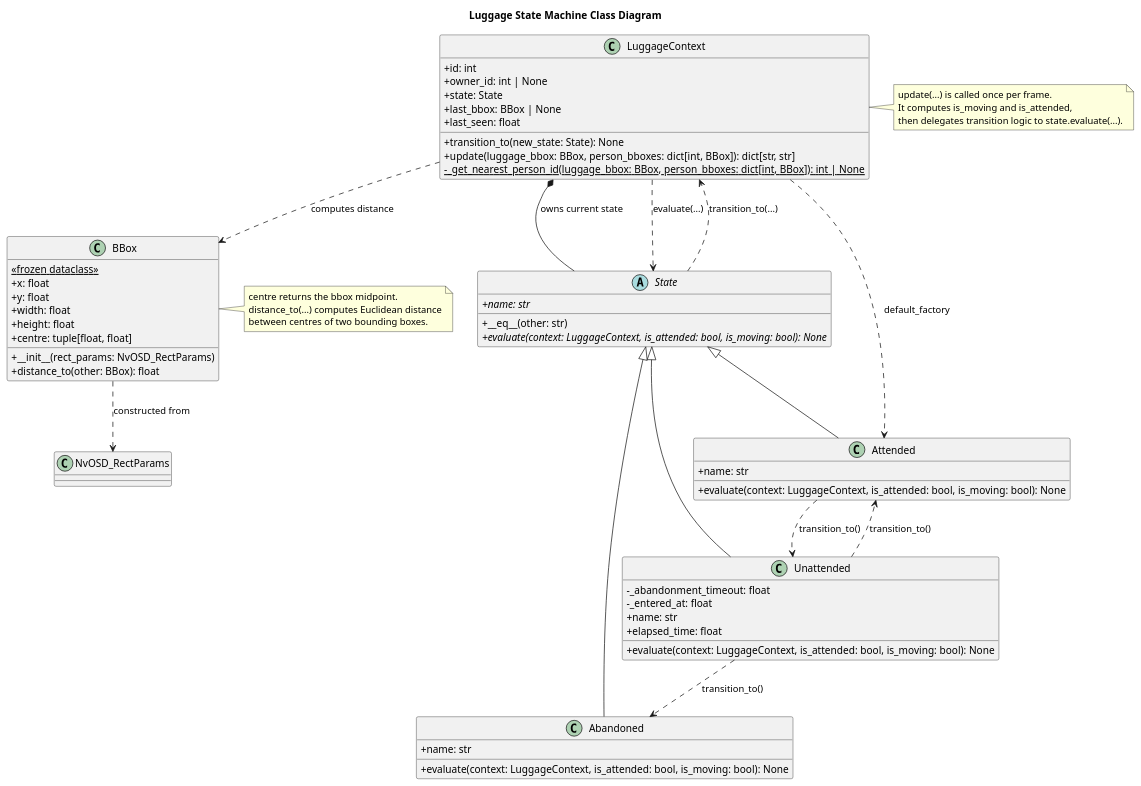
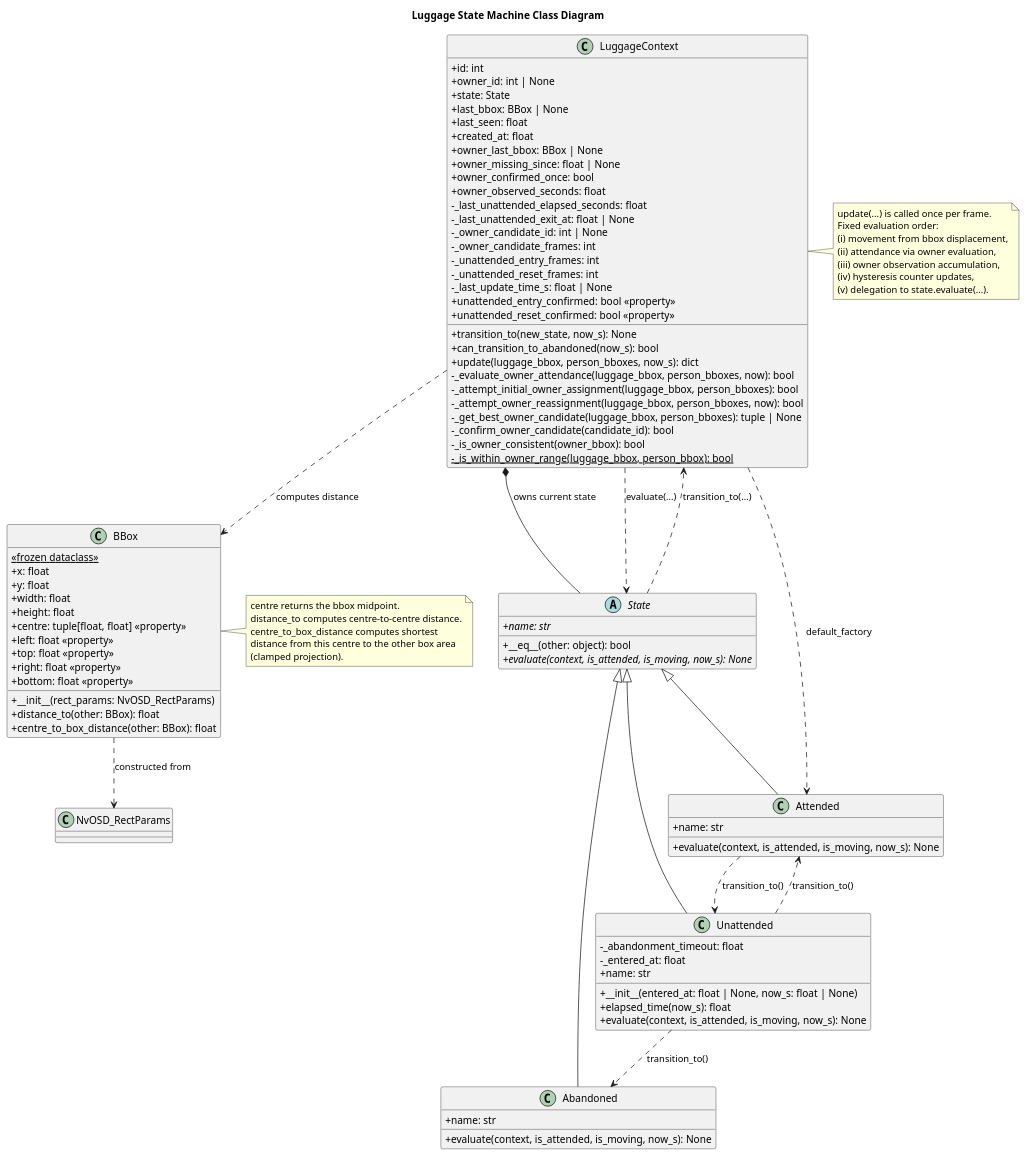
Before and after one commit to maxnaro/luggage-watch: the diagram in doc/figures/plantuml/states_class_diagram.puml, drawn with PlantUML. The commit also changed 2 other files, not shown here.

Commit message:
Reworks class diagram Adds new state machine diagram Adds passage in implementation section

```diff
--- a/doc/figures/plantuml/states_class_diagram.puml
+++ b/doc/figures/plantuml/states_class_diagram.puml
@@ -1,81 +1,115 @@
 @startuml states_class_diagram
 title Luggage State Machine Class Diagram
 
 skinparam classAttributeIconSize 0
 
 abstract class State {
 	{abstract} +name: str
-	+__eq__(other: str)
-	{abstract} +evaluate(context: LuggageContext, is_attended: bool, is_moving: bool): None
+	+__eq__(other: object): bool
+	{abstract} +evaluate(context, is_attended, is_moving, now_s): None
 }
 
 class Attended {
 	+name: str
-	+evaluate(context: LuggageContext, is_attended: bool, is_moving: bool): None
+	+evaluate(context, is_attended, is_moving, now_s): None
 }
 
 class Unattended {
 	-_abandonment_timeout: float
 	-_entered_at: float
+	+__init__(entered_at: float | None, now_s: float | None)
 	+name: str
-	+elapsed_time: float
-	+evaluate(context: LuggageContext, is_attended: bool, is_moving: bool): None
+	+elapsed_time(now_s): float
+	+evaluate(context, is_attended, is_moving, now_s): None
 }
 
 class Abandoned {
 	+name: str
-	+evaluate(context: LuggageContext, is_attended: bool, is_moving: bool): None
+	+evaluate(context, is_attended, is_moving, now_s): None
 }
 
 class LuggageContext {
 	+id: int
 	+owner_id: int | None
 	+state: State
 	+last_bbox: BBox | None
 	+last_seen: float
-	+transition_to(new_state: State): None
-	+update(luggage_bbox: BBox, person_bboxes: dict[int, BBox]): dict[str, str]
-	{static} -_get_nearest_person_id(luggage_bbox: BBox, person_bboxes: dict[int, BBox]): int | None
+	+created_at: float
+	+owner_last_bbox: BBox | None
+	+owner_missing_since: float | None
+	+owner_confirmed_once: bool
+	+owner_observed_seconds: float
+	-_last_unattended_elapsed_seconds: float
+	-_last_unattended_exit_at: float | None
+	-_owner_candidate_id: int | None
+	-_owner_candidate_frames: int
+	-_unattended_entry_frames: int
+	-_unattended_reset_frames: int
+	-_last_update_time_s: float | None
+	+unattended_entry_confirmed: bool <<property>>
+	+unattended_reset_confirmed: bool <<property>>
+	+transition_to(new_state, now_s): None
+	+can_transition_to_abandoned(now_s): bool
+	+update(luggage_bbox, person_bboxes, now_s): dict
+	-_evaluate_owner_attendance(luggage_bbox, person_bboxes, now): bool
+	-_attempt_initial_owner_assignment(luggage_bbox, person_bboxes): bool
+	-_attempt_owner_reassignment(luggage_bbox, person_bboxes, now): bool
+	-_get_best_owner_candidate(luggage_bbox, person_bboxes): tuple | None
+	-_confirm_owner_candidate(candidate_id): bool
+	-_is_owner_consistent(owner_bbox): bool
+	{static} -_is_within_owner_range(luggage_bbox, person_bbox): bool
 }
 
 class NvOSD_RectParams
 
 class BBox {
 	{static} <<frozen dataclass>>
 	+x: float
 	+y: float
 	+width: float
 	+height: float
 	+__init__(rect_params: NvOSD_RectParams)
-	+centre: tuple[float, float]
+	+centre: tuple[float, float] <<property>>
+	+left: float <<property>>
+	+top: float <<property>>
+	+right: float <<property>>
+	+bottom: float <<property>>
 	+distance_to(other: BBox): float
+	+centre_to_box_distance(other: BBox): float
 }
 
 State <|-- Attended
 State <|-- Unattended
 State <|-- Abandoned
 
 LuggageContext *-- State : owns current state
 LuggageContext ..> Attended : default_factory
 LuggageContext ..> State : evaluate(...)
 State ..> LuggageContext : transition_to(...)
 LuggageContext ..> BBox : computes distance
+
 BBox ..> NvOSD_RectParams : constructed from
 
 Attended ..> Unattended : transition_to()
 Unattended ..> Attended : transition_to()
 Unattended ..> Abandoned : transition_to()
 
 note right of LuggageContext
   update(...) is called once per frame.
-  It computes is_moving and is_attended,
-  then delegates transition logic to state.evaluate(...).
+  Fixed evaluation order:
+  (i) movement from bbox displacement,
+  (ii) attendance via owner evaluation,
+  (iii) owner observation accumulation,
+  (iv) hysteresis counter updates,
+  (v) delegation to state.evaluate(...).
 end note
 
 note right of BBox
 	centre returns the bbox midpoint.
-	distance_to(...) computes Euclidean distance
-	between centres of two bounding boxes.
+	distance_to computes centre-to-centre distance.
+	centre_to_box_distance computes shortest
+	distance from this centre to the other box area
+	(clamped projection).
 end note
 
 @enduml
```
